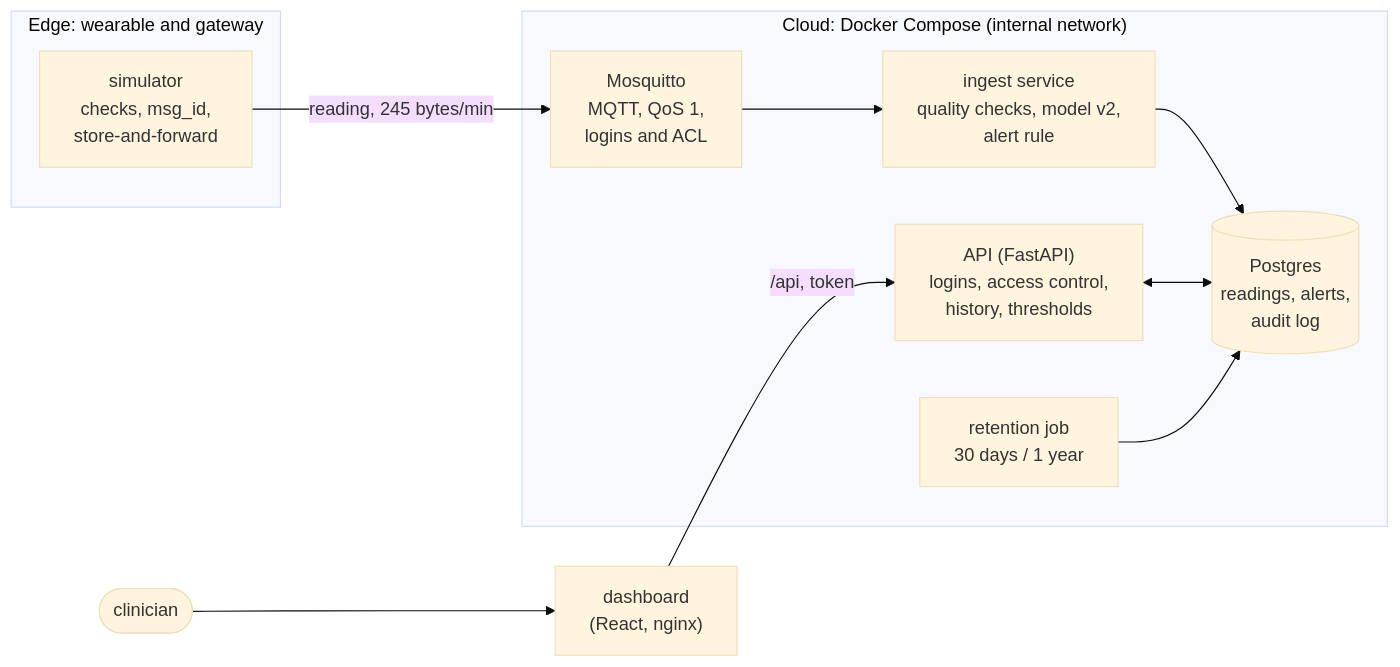
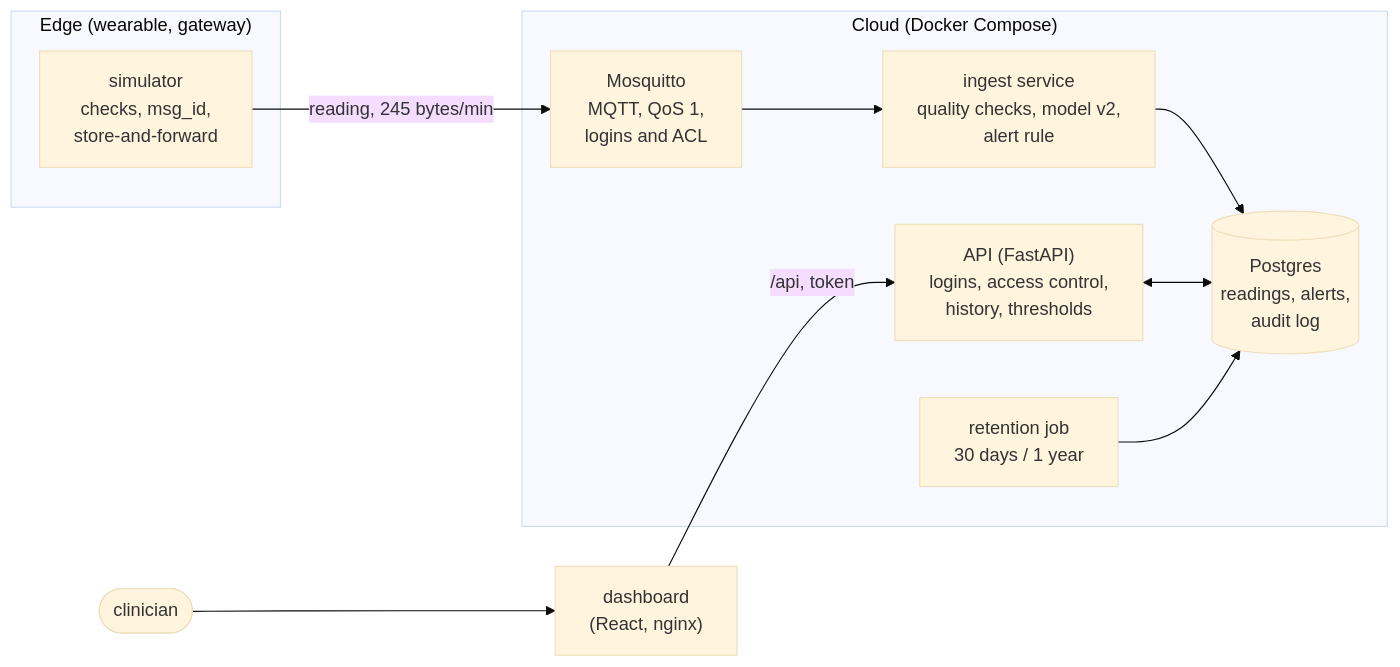
Before and after one commit to masudrana7609-sketch/Smart-Vitals: the diagram in README.md, drawn with Mermaid (base theme). The commit also changed other lines of this file and 6 other files, not shown here.

Commit message:
Add architecture figure, presentation run sheet, report evidence map and references

````diff
--- a/README.md
+++ b/README.md
@@ -15,20 +15,20 @@
 ```mermaid
 flowchart LR
-  subgraph Edge["Edge: wearable and gateway"]
+  subgraph Edge["Edge (wearable, gateway)"]
     S["simulator<br/>checks, msg_id,<br/>store-and-forward"]
   end
-  subgraph Cloud["Cloud: Docker Compose (internal network)"]
+  subgraph Cloud["Cloud (Docker Compose)"]
     M["Mosquitto<br/>MQTT, QoS 1,<br/>logins and ACL"]
     I["ingest service<br/>quality checks, model v2,<br/>alert rule"]
     DB[("Postgres<br/>readings, alerts,<br/>audit log")]
     A["API (FastAPI)<br/>logins, access control,<br/>history, thresholds"]
     R["retention job<br/>30 days / 1 year"]
   end
   D["dashboard<br/>(React, nginx)"]
   C(["clinician"])
   S -- "reading, 245 bytes/min" --> M --> I --> DB
   A <--> DB
   R --> DB
   D -- "/api, token" --> A
   C --> D
 ```
````
